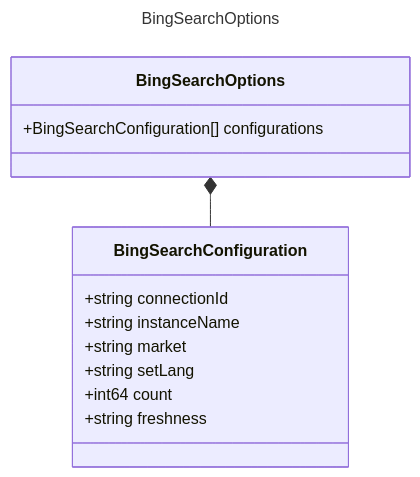
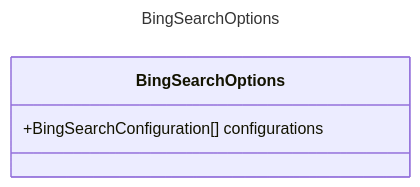
Before and after one commit to microsoft/prompty: the diagram in specification/prompty/docs/BingSearchOptions.md, drawn with Mermaid. The commit also changed 22 other files, not shown here.

Commit message:
corrected class diagrams

````diff
--- a/specification/prompty/docs/BingSearchOptions.md
+++ b/specification/prompty/docs/BingSearchOptions.md
@@ -7,18 +7,9 @@
 ```mermaid
 ---
 title: BingSearchOptions
 ---
 classDiagram
-    class BingSearchConfiguration {
-        +string connectionId
-        +string instanceName
-        +string market
-        +string setLang
-        +int64 count
-        +string freshness
-    }
     class BingSearchOptions {
         +BingSearchConfiguration[] configurations
     }
-    BingSearchOptions *-- BingSearchConfiguration
 ```
````
